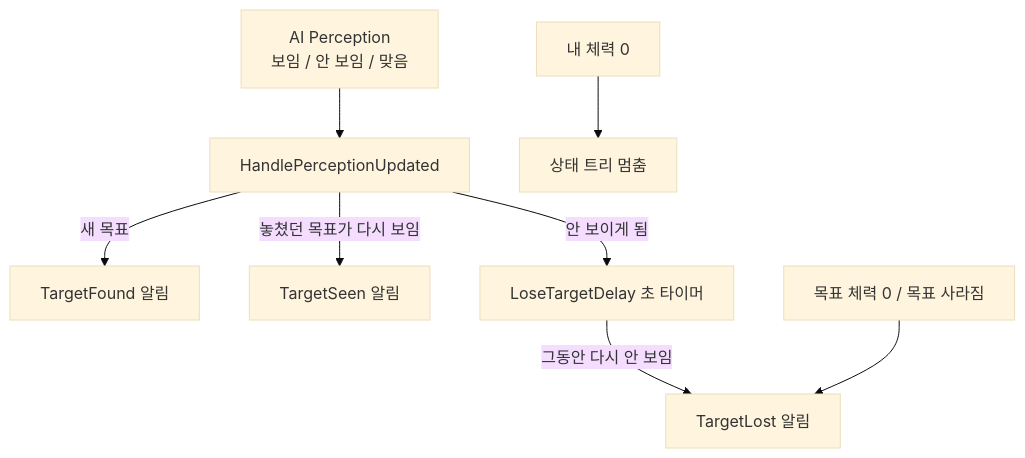
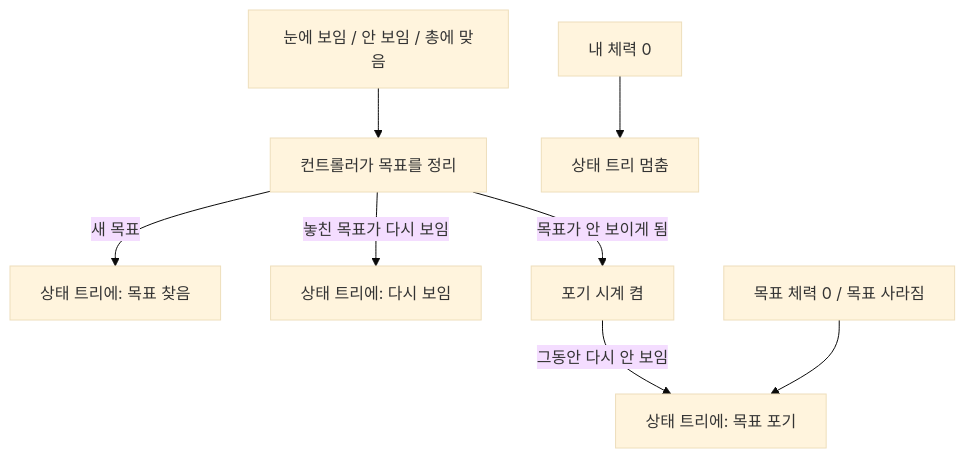
The second of 3 diagrams in Source/ProjectPG/Private/AI/README.md (AssortRock-KDT6-Unreal-PowerAde/ProjectPG), drawn with Mermaid (base theme) before and after one commit. The commit also changed other lines of this file, not shown here.

````diff
--- a/Source/ProjectPG/Private/AI/README.md
+++ b/Source/ProjectPG/Private/AI/README.md
@@ -36,10 +62,10 @@
 ```mermaid
 flowchart TD
-    S[AI Perception<br/>보임 / 안 보임 / 맞음] --> H[HandlePerceptionUpdated]
-    H -->|새 목표| F1[TargetFound 알림]
-    H -->|놓쳤던 목표가 다시 보임| F2[TargetSeen 알림]
-    H -->|안 보이게 됨| T[LoseTargetDelay 초 타이머]
-    T -->|그동안 다시 안 보임| L[TargetLost 알림]
-    D1[목표 체력 0 / 목표 사라짐] --> L
-    D2[내 체력 0] --> X[상태 트리 멈춤]
+    Senses[눈에 보임 / 안 보임 / 총에 맞음] --> Controller[컨트롤러가 목표를 정리]
+    Controller -->|새 목표| Found[상태 트리에: 목표 찾음]
+    Controller -->|놓친 목표가 다시 보임| SeenAgain[상태 트리에: 다시 보임]
+    Controller -->|목표가 안 보이게 됨| LoseClock[포기 시계 켬]
+    LoseClock -->|그동안 다시 안 보임| Lost[상태 트리에: 목표 포기]
+    TargetDied[목표 체력 0 / 목표 사라짐] --> Lost
+    SelfDied[내 체력 0] --> TreeStops[상태 트리 멈춤]
 ```
````
